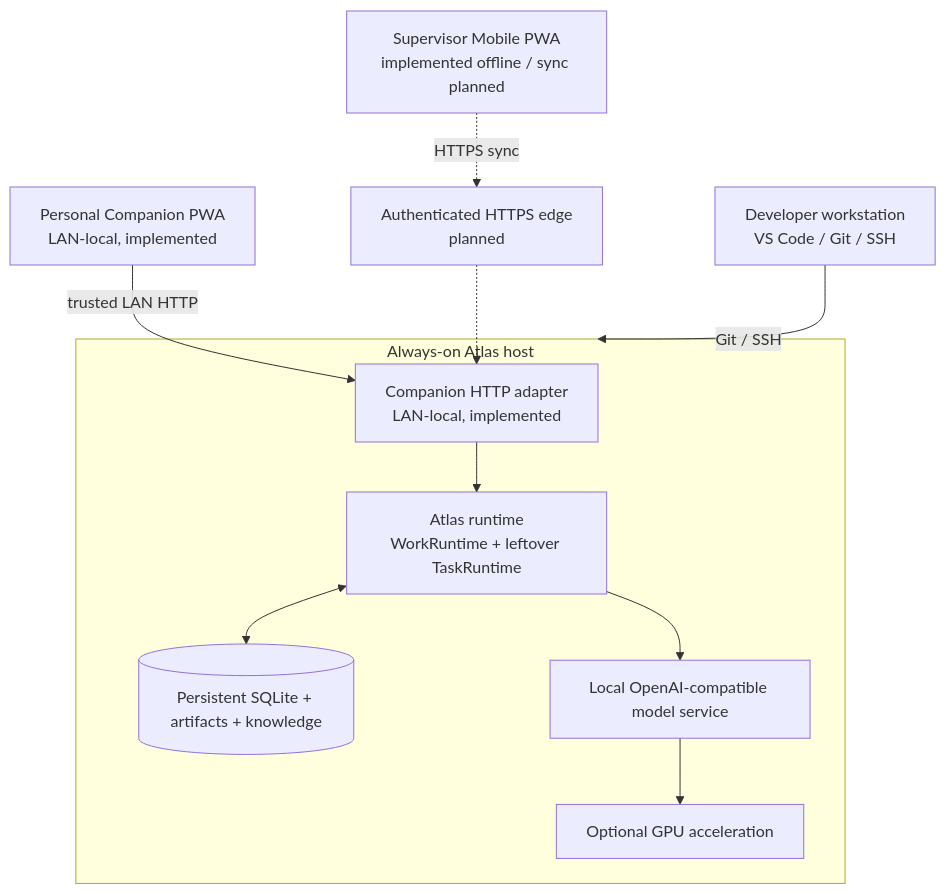
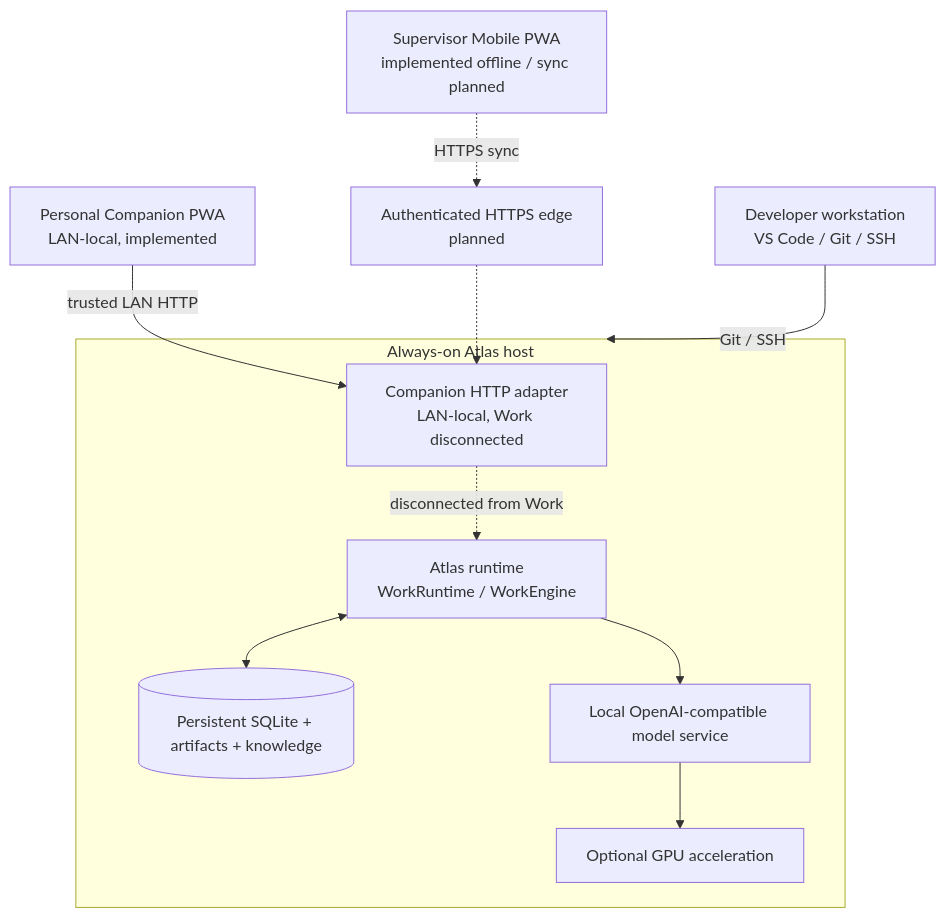
Before and after one commit to Keeladin/atlas-agent: the sixth of 6 diagrams in README.md, drawn with Mermaid. The commit also changed other lines of this file and 44 other files, not shown here.

First line of the commit message:
Remove the leftover TaskRuntime execution island.

````diff
--- a/README.md
+++ b/README.md
@@ -694,25 +674,25 @@
 ```mermaid
 flowchart TB
     PHONE[Personal Companion PWA\nLAN-local, implemented]
     REPORT[Supervisor Mobile PWA\nimplemented offline / sync planned]
     DEV[Developer workstation\nVS Code / Git / SSH]
 
     EDGE[Authenticated HTTPS edge\nplanned]
 
     subgraph HOST[Always-on Atlas host]
-        API[Companion HTTP adapter\nLAN-local, implemented]
-        CORE[Atlas runtime\nWorkRuntime + leftover TaskRuntime]
+        API[Companion HTTP adapter\nLAN-local, Work disconnected]
+        CORE[Atlas runtime\nWorkRuntime / WorkEngine]
         DATA[(Persistent SQLite + artifacts + knowledge)]
         MODEL[Local OpenAI-compatible model service]
         GPU[Optional GPU acceleration]
     end
 
     PHONE -->|trusted LAN HTTP| API
     REPORT -. HTTPS sync .-> EDGE
     EDGE -.-> API
-    API --> CORE
+    API -. disconnected from Work .-> CORE
     DEV -->|Git / SSH| HOST
     CORE <--> DATA
     CORE --> MODEL
     MODEL --> GPU
 ```
````
